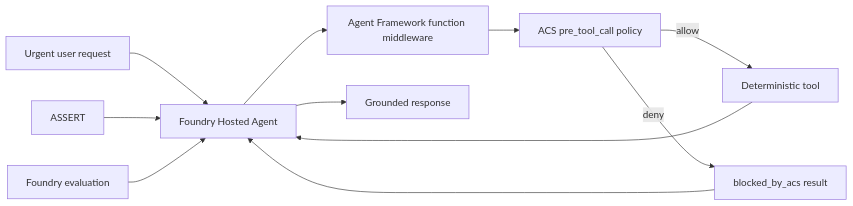
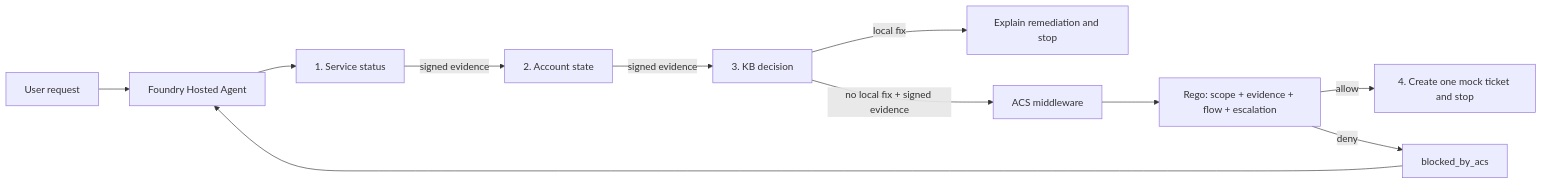
Before and after one commit to placerda/safe-agent-on-foundry: the diagram in README.md, drawn with Mermaid. The commit also changed other lines of this file and 20 other files, not shown here.

````diff
--- a/README.md
+++ b/README.md
@@ -34,13 +40,13 @@
 ```mermaid
 flowchart LR
-    U[Urgent user request] --> H[Foundry Hosted Agent]
-    H --> M[Agent Framework function middleware]
-    M --> A[ACS pre_tool_call policy]
-    A -->|allow| T[Deterministic tool]
-    A -->|deny| B[blocked_by_acs result]
-    T --> H
+    U[User request] --> H[Foundry Hosted Agent]
+    H --> S[1. Service status]
+    S -->|signed evidence| A[2. Account state]
+    A -->|signed evidence| K[3. KB decision]
+    K -->|local fix| R[Explain remediation and stop]
+    K -->|no local fix + signed evidence| M[ACS middleware]
+    M --> P[Rego: scope + evidence + flow + escalation]
+    P -->|allow| T[4. Create one mock ticket and stop]
+    P -->|deny| B[blocked_by_acs]
     B --> H
-    H --> R[Grounded response]
-    X[ASSERT] --> H
-    F[Foundry evaluation] --> H
 ```
````
